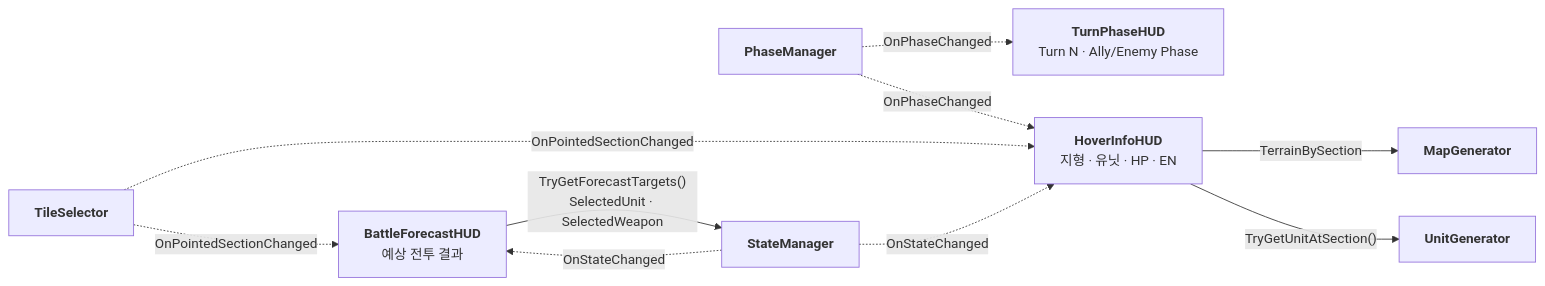
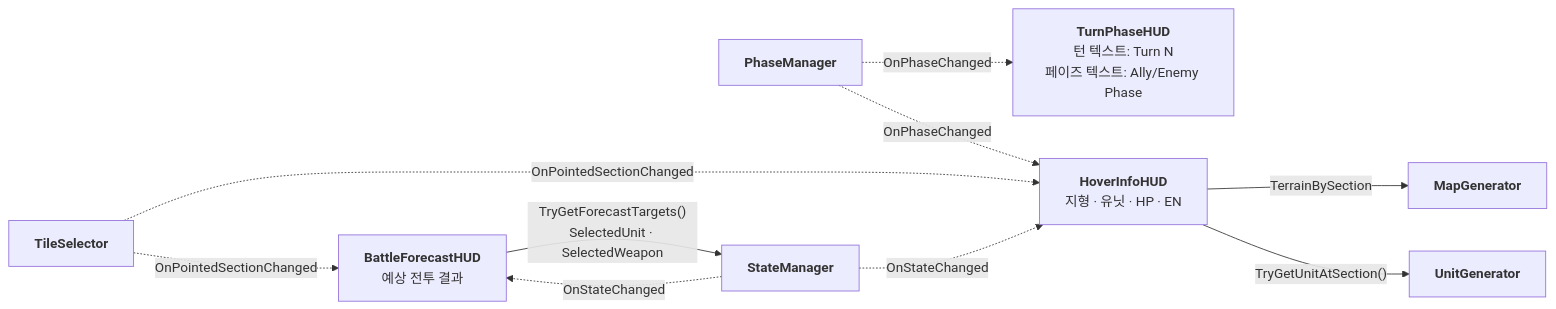
Before and after one commit to jayy5288sk/PersonalProject: diagram 27 of 33 in Docs/ImplementDocs/Diagram.md, drawn with Mermaid. The commit also changed other lines of this file and 1 other file, not shown here.

Commit message:
[Docs] 기술 문서 및 다이어그램 작성

````diff
--- a/Docs/ImplementDocs/Diagram.md
+++ b/Docs/ImplementDocs/Diagram.md
@@ -499,12 +575,12 @@
 ```mermaid
 flowchart LR
-    PM["<b>PhaseManager</b>"] -.->|"OnPhaseChanged"| TP["<b>TurnPhaseHUD</b><br/>Turn N · Ally/Enemy Phase"]
+    PM["<b>PhaseManager</b>"] -.->|"OnPhaseChanged"| TP["<b>TurnPhaseHUD</b><br/>턴 텍스트: Turn N<br/>페이즈 텍스트: Ally/Enemy Phase"]
     PM -.->|"OnPhaseChanged"| HI
     TS["<b>TileSelector</b>"] -.->|"OnPointedSectionChanged"| HI["<b>HoverInfoHUD</b><br/>지형 · 유닛 · HP · EN"]
     TS -.->|"OnPointedSectionChanged"| BF["<b>BattleForecastHUD</b><br/>예상 전투 결과"]
     SM["<b>StateManager</b>"] -.->|"OnStateChanged"| HI
     SM -.->|"OnStateChanged"| BF
     BF -->|"TryGetForecastTargets()<br/>SelectedUnit · SelectedWeapon"| SM
     HI -->|"TerrainBySection"| MG["<b>MapGenerator</b>"]
     HI -->|"TryGetUnitAtSection()"| UG["<b>UnitGenerator</b>"]
 ```
````
